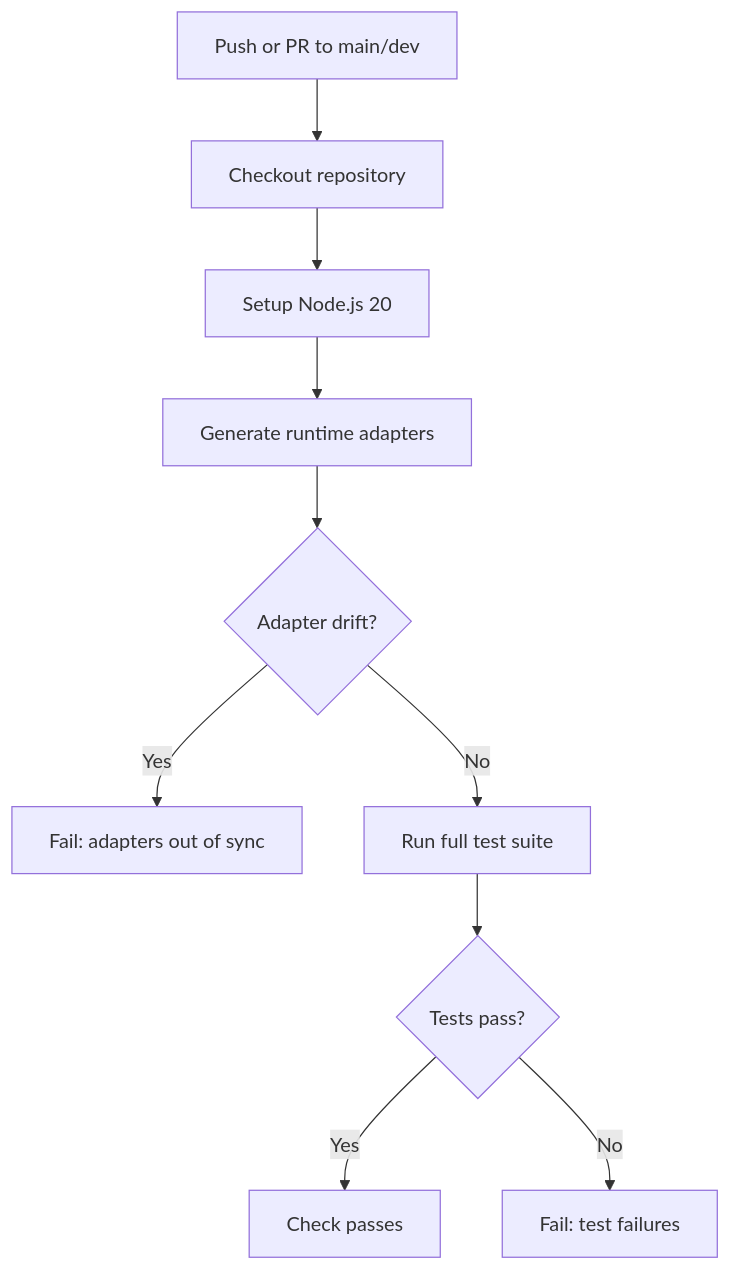
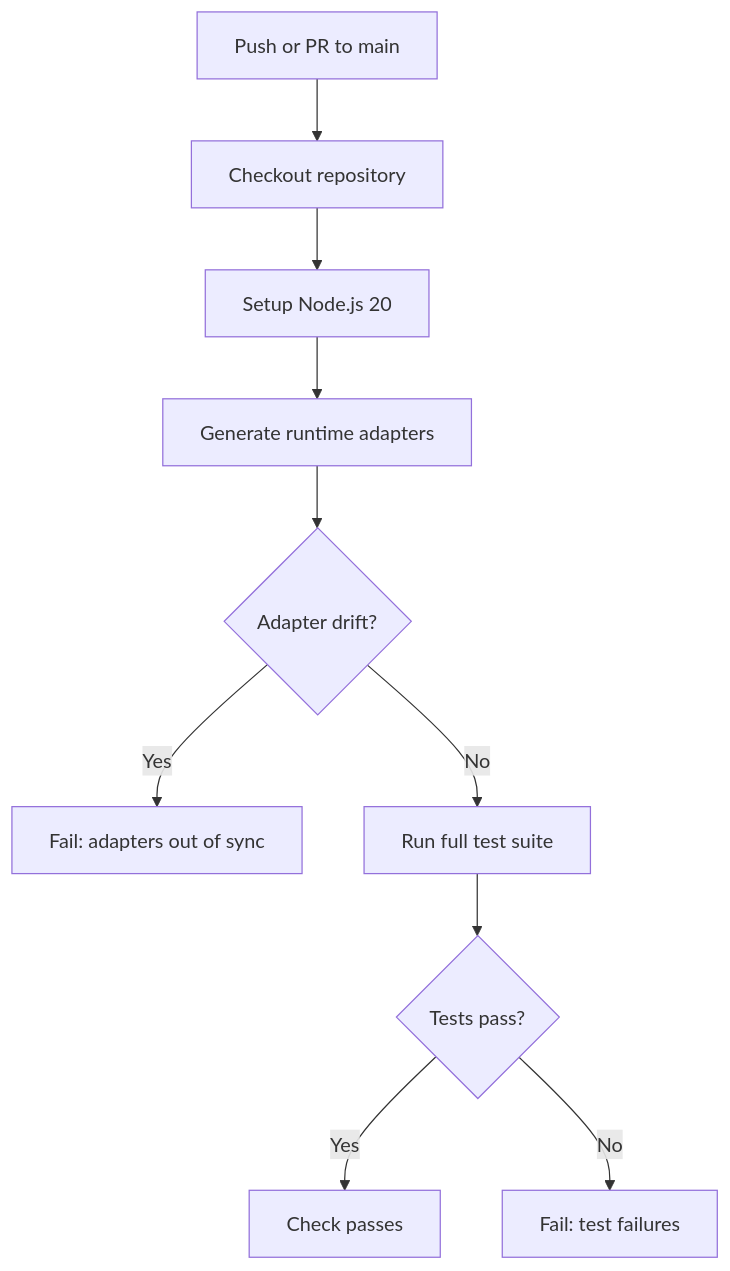
The second of 9 diagrams in docs/cicd.md (josstei/maestro-orchestrate), drawn with Mermaid before and after one commit. The commit also changed other lines of this file and 5 other files, not shown here.

````diff
--- a/docs/cicd.md
+++ b/docs/cicd.md
@@ -48,12 +47,12 @@
 ```mermaid
 graph TD
-    A["Push or PR to main/dev"] --> B["Checkout repository"]
+    A["Push or PR to main"] --> B["Checkout repository"]
     B --> C["Setup Node.js 20"]
     C --> D["Generate runtime adapters"]
     D --> E{"Adapter drift?"}
     E --> |"Yes"| F["Fail: adapters out of sync"]
     E --> |"No"| G["Run full test suite"]
     G --> H{"Tests pass?"}
     H --> |"Yes"| I["Check passes"]
     H --> |"No"| J["Fail: test failures"]
 ```
````
